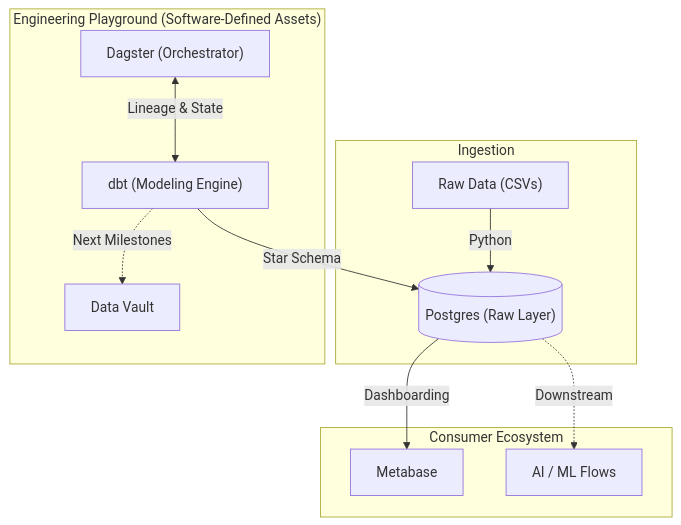
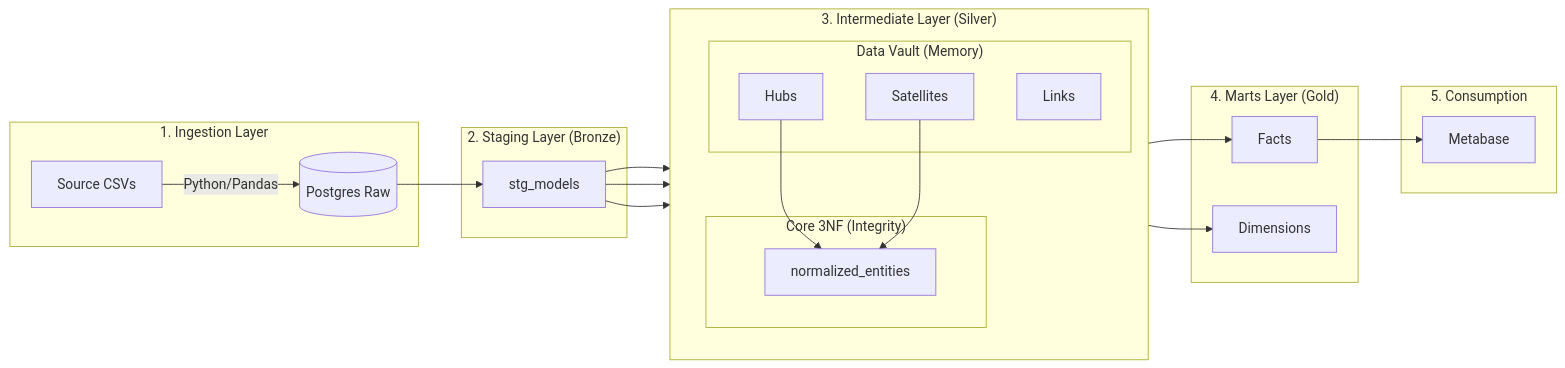
Before and after one commit to 26-jorge-01/analytics-modeling-lab: the diagram in README.md, drawn with Mermaid. The commit also changed other lines of this file and 417 other files, not shown here.

````diff
--- a/README.md
+++ b/README.md
@@ -19,20 +19,36 @@
 ```mermaid
-graph TD
-    subgraph Ingestion
-        Raw["Raw Data (CSVs)"] --> |Python| PGL[("Postgres (Raw Layer)")]
-    end
-    
-    subgraph "Engineering Playground (Software-Defined Assets)"
-        Dagster["Dagster (Orchestrator)"]
-        dbt["dbt (Modeling Engine)"]
-        
-        Dagster <--> |Lineage & State| dbt
-        dbt --> |Star Schema| PGL
-        dbt -.-> |Next Milestones| DV["Data Vault"]
+graph LR
+    subgraph Ingestion["1. Ingestion Layer"]
+        CSV[Source CSVs] --> |Python/Pandas| Raw[(Postgres Raw)]
     end
 
-    subgraph "Consumer Ecosystem"
-        PGL --> |Dashboarding| Metabase["Metabase"]
-        PGL -.-> |Downstream| AI["AI / ML Flows"]
+    subgraph Staging["2. Staging Layer (Bronze)"]
+        Raw --> STG[stg_models]
+    end
+
+    subgraph Intermediate["3. Intermediate Layer (Silver)"]
+        direction TB
+        subgraph Vault["Data Vault (Memory)"]
+            Hubs[Hubs]
+            Links[Links]
+            Sats[Satellites]
+        end
+        subgraph Core["Core 3NF (Integrity)"]
+            CoreT[normalized_entities]
+        end
+        STG --> Hubs
+        STG --> Links
+        STG --> Sats
+        Hubs --> CoreT
+        Sats --> CoreT
+    end
+
+    subgraph Marts["4. Marts Layer (Gold)"]
+        CoreT --> Facts[Facts]
+        CoreT --> Dims[Dimensions]
+    end
+
+    subgraph BI["5. Consumption"]
+        Facts --> Dashboards[Metabase]
     end
 ```
````
